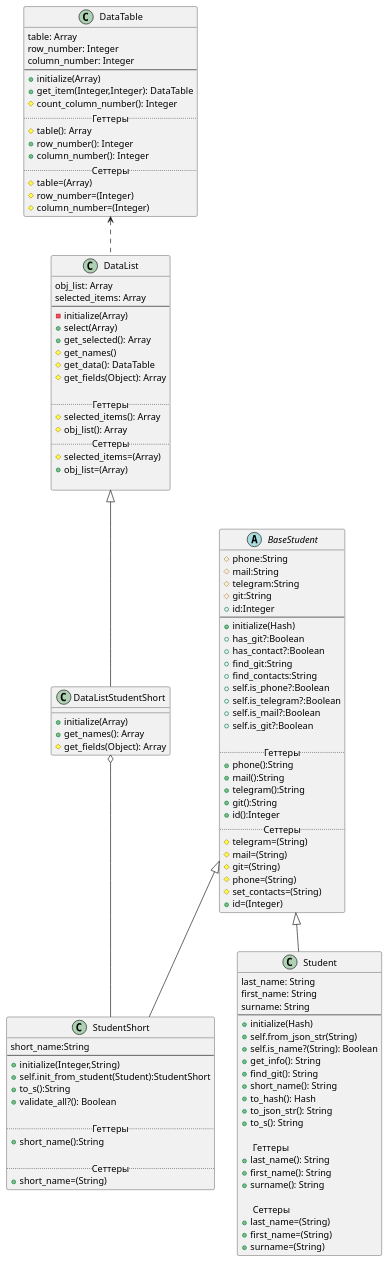
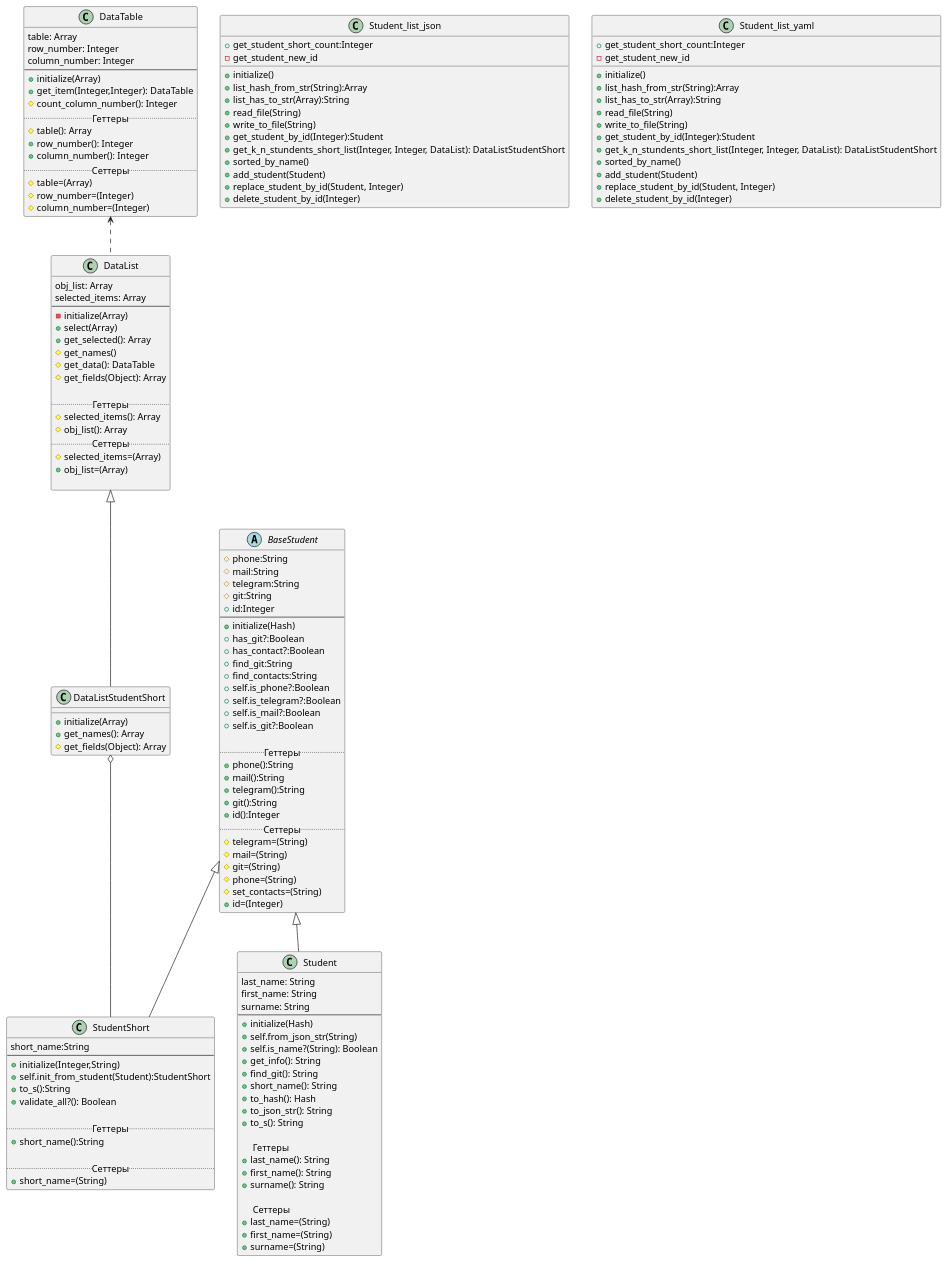
One commit to OlegVasil/RubyLabs changed the diagram in laba_2/Diagrams/diagram.puml. Above: the diagram before and after it, drawn with PlantUML.

Commit message:
new_diag

```diff
--- a/laba_2/Diagrams/diagram.puml
+++ b/laba_2/Diagrams/diagram.puml
@@ -1,124 +1,159 @@
 abstract class BaseStudent
 {
 #phone:String
 #mail:String
 #telegram:String
 #git:String
 +id:Integer
 --
 +initialize(Hash)
 +has_git?:Boolean
 +has_contact?:Boolean
 +find_git:String
 +find_contacts:String
 +self.is_phone?:Boolean
 +self.is_telegram?:Boolean
 +self.is_mail?:Boolean
 +self.is_git?:Boolean
 
 ..Геттеры..
 +phone():String
 +mail():String
 +telegram():String
 +git():String
 +id():Integer
 ..Сеттеры..
 #telegram=(String)
 #mail=(String)
 #git=(String)
 #phone=(String)
 #set_contacts=(String)
 +id=(Integer)
 }
 
 class StudentShort extends BaseStudent
 {
 short_name:String
 --
 +initialize(Integer,String)
 +self.init_from_student(Student):StudentShort
 +to_s():String
 +validate_all?(): Boolean
 
 .. Геттеры ..
 +short_name():String
 
 .. Сеттеры ..
 +short_name=(String)
 }
 
 class Student extends BaseStudent {
 last_name: String
 first_name: String
 surname: String
 --
 +initialize(Hash)
 +self.from_json_str(String)
 +self.is_name?(String): Boolean
 +get_info(): String
 +find_git(): String
 +short_name(): String
 +to_hash(): Hash
 +to_json_str(): String
 +to_s(): String
 
     .. Геттеры ..
 +last_name(): String
 +first_name(): String
 +surname(): String
 
     .. Сеттеры ..
 +last_name=(String)
 +first_name=(String)
 +surname=(String)
 }
 
 class DataTable
 {
 table: Array
 row_number: Integer
 column_number: Integer
 --
 +initialize(Array)
 +get_item(Integer,Integer): DataTable
 #count_column_number(): Integer
 .. Геттеры ..
 #table(): Array
 +row_number(): Integer
 +column_number(): Integer
 .. Сеттеры ..
 #table=(Array)
 #row_number=(Integer)
 #column_number=(Integer)
 }
 
 class DataList
 {
 obj_list: Array
 selected_items: Array
 --
 -initialize(Array)
 +select(Array)
 +get_selected(): Array
 #get_names()
 #get_data(): DataTable
 #get_fields(Object): Array
 
 .. Геттеры ..
 #selected_items(): Array
 #obj_list(): Array
 .. Сеттеры ..
 #selected_items=(Array)
 +obj_list=(Array)
 
 }
 
 class DataListStudentShort extends DataList
 {
 +initialize(Array)
 +get_names(): Array
 #get_fields(Object): Array
 }
 
+class Student_list_json
+{
++initialize()
++list_hash_from_str(String):Array
++list_has_to_str(Array):String
++read_file(String)
++write_to_file(String)
++get_student_by_id(Integer):Student
++get_k_n_stundents_short_list(Integer, Integer, DataList): DataListStudentShort
++sorted_by_name()
++add_student(Student)
++replace_student_by_id(Student, Integer)
++delete_student_by_id(Integer)
++get_student_short_count:Integer
+-get_student_new_id
+}
+
+class Student_list_yaml
+{
++initialize()
++list_hash_from_str(String):Array
++list_has_to_str(Array):String
++read_file(String)
++write_to_file(String)
++get_student_by_id(Integer):Student
++get_k_n_stundents_short_list(Integer, Integer, DataList): DataListStudentShort
++sorted_by_name()
++add_student(Student)
++replace_student_by_id(Student, Integer)
++delete_student_by_id(Integer)
++get_student_short_count:Integer
+-get_student_new_id
+}
+
+
 DataListStudentShort o-- StudentShort
 DataTable <.. DataList
```
